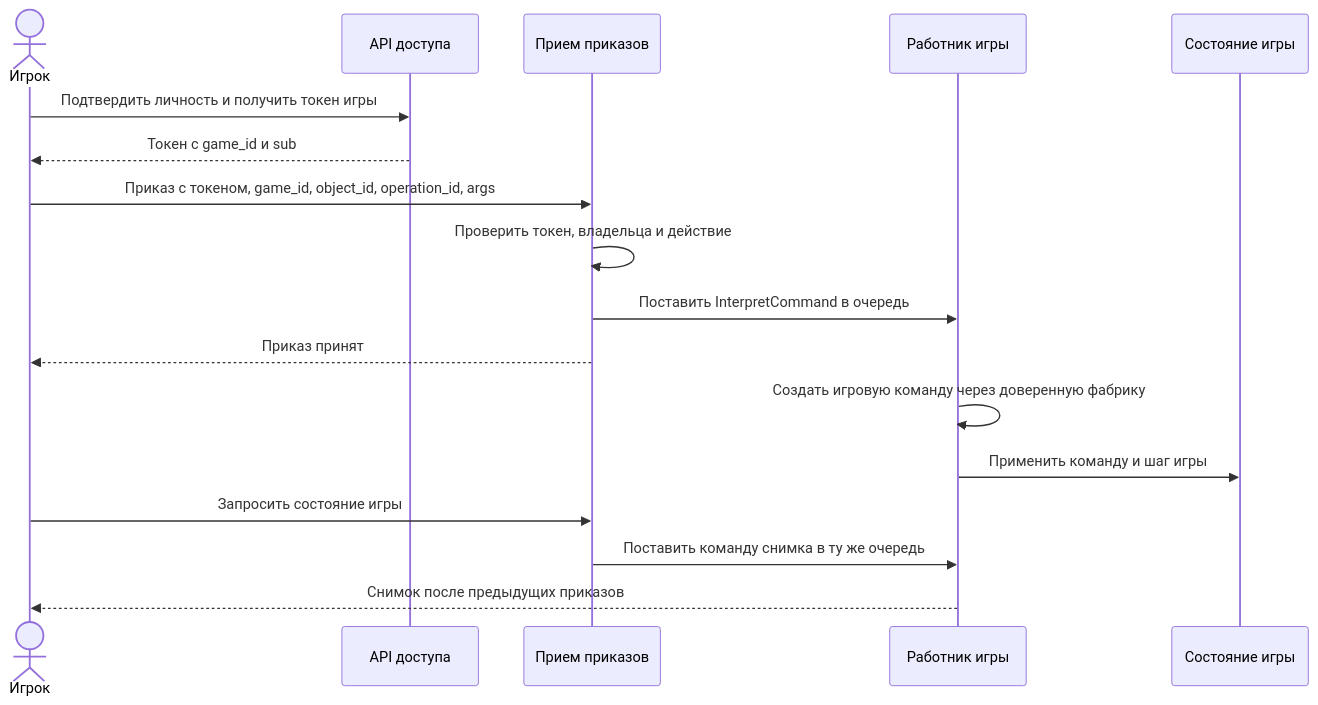
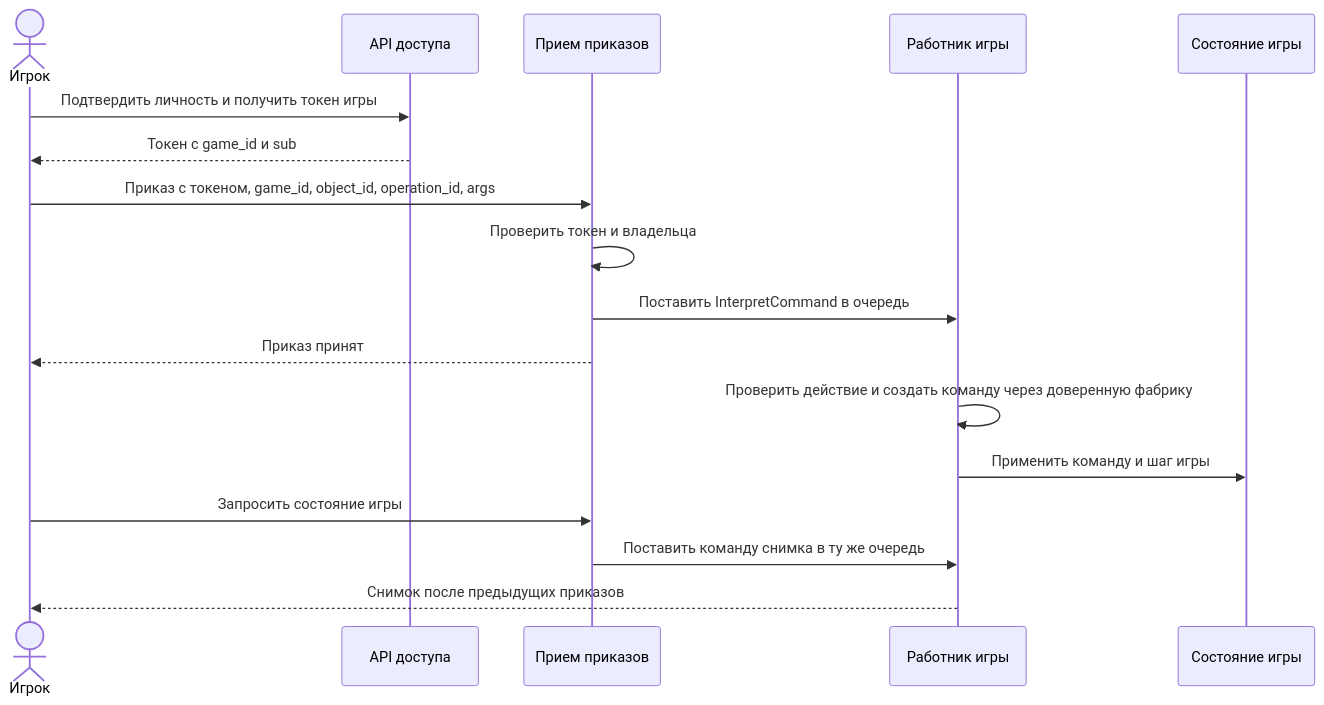
The first of 3 diagrams in docs/project-plan.md (ermilovadina1-byte/otus-spacebattle-go), drawn with Mermaid before and after one commit. The commit also changed other lines of this file and 3 other files, not shown here.

Commit message:
Finalize project description and correct command flow docs

````diff
--- a/docs/project-plan.md
+++ b/docs/project-plan.md
@@ -34,19 +34,19 @@
 ```mermaid
 sequenceDiagram
     actor P as Игрок
     participant A as API доступа
     participant E as Прием приказов
     participant W as Работник игры
     participant S as Состояние игры
     P->>A: Подтвердить личность и получить токен игры
     A-->>P: Токен с game_id и sub
     P->>E: Приказ с токеном, game_id, object_id, operation_id, args
-    E->>E: Проверить токен, владельца и действие
+    E->>E: Проверить токен и владельца
     E->>W: Поставить InterpretCommand в очередь
     E-->>P: Приказ принят
-    W->>W: Создать игровую команду через доверенную фабрику
+    W->>W: Проверить действие и создать команду через доверенную фабрику
     W->>S: Применить команду и шаг игры
     P->>E: Запросить состояние игры
     E->>W: Поставить команду снимка в ту же очередь
     W-->>P: Снимок после предыдущих приказов
 ```
````
